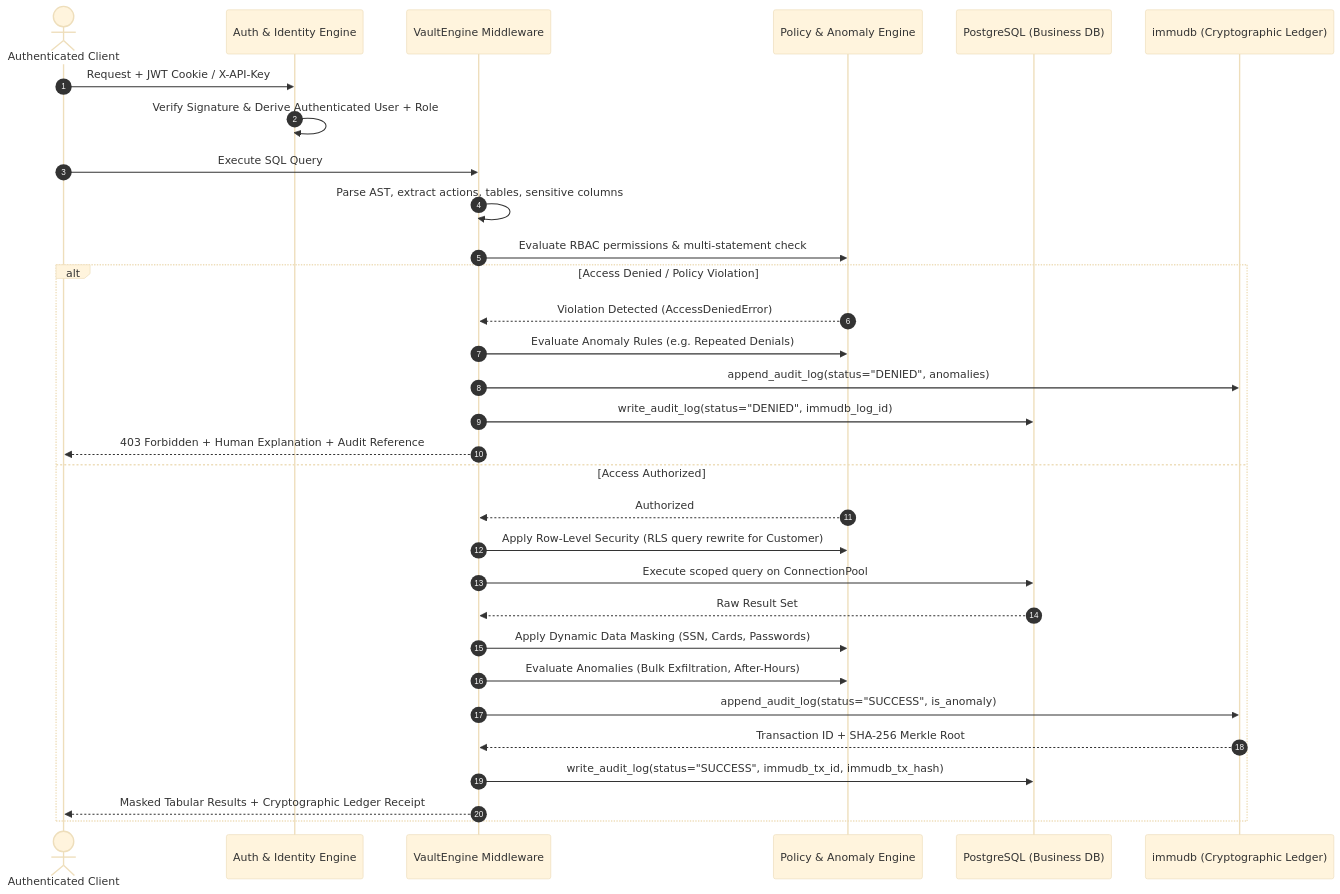
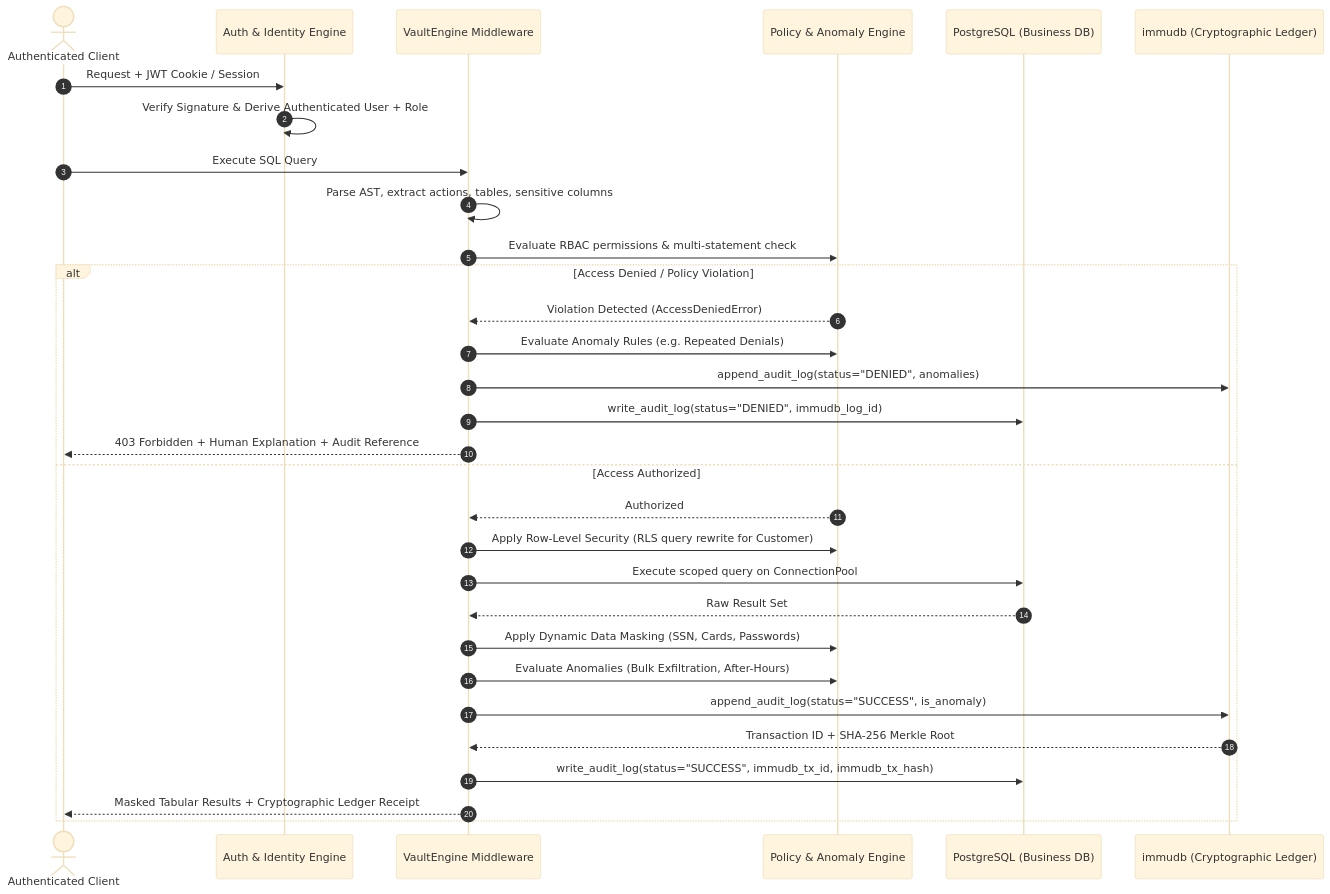
The third of 3 diagrams in README.md (Sejal-hani/Vault_DB), drawn with Mermaid (base theme) before and after one commit. The commit also changed other lines of this file, not shown here.

Commit message:
docs: clarify JWT and password hashing in auth architecture, remove api key mentions

````diff
--- a/README.md
+++ b/README.md
@@ -130,35 +130,35 @@
 ```mermaid
 sequenceDiagram
     autonumber
     actor Client as Authenticated Client
     participant Auth as Auth & Identity Engine
     participant Engine as VaultEngine Middleware
     participant Policy as Policy & Anomaly Engine
     participant PG as PostgreSQL (Business DB)
     participant Immu as immudb (Cryptographic Ledger)
 
-    Client->>Auth: Request + JWT Cookie / X-API-Key
+    Client->>Auth: Request + JWT Cookie / Session
     Auth->>Auth: Verify Signature & Derive Authenticated User + Role
     Client->>Engine: Execute SQL Query
     Engine->>Engine: Parse AST, extract actions, tables, sensitive columns
     Engine->>Policy: Evaluate RBAC permissions & multi-statement check
 
     alt Access Denied / Policy Violation
         Policy-->>Engine: Violation Detected (AccessDeniedError)
         Engine->>Policy: Evaluate Anomaly Rules (e.g. Repeated Denials)
         Engine->>Immu: append_audit_log(status="DENIED", anomalies)
         Engine->>PG: write_audit_log(status="DENIED", immudb_log_id)
         Engine-->>Client: 403 Forbidden + Human Explanation + Audit Reference
     else Access Authorized
         Policy-->>Engine: Authorized
         Engine->>Policy: Apply Row-Level Security (RLS query rewrite for Customer)
         Engine->>PG: Execute scoped query on ConnectionPool
         PG-->>Engine: Raw Result Set
         Engine->>Policy: Apply Dynamic Data Masking (SSN, Cards, Passwords)
         Engine->>Policy: Evaluate Anomalies (Bulk Exfiltration, After-Hours)
         Engine->>Immu: append_audit_log(status="SUCCESS", is_anomaly)
         Immu-->>Engine: Transaction ID + SHA-256 Merkle Root
         Engine->>PG: write_audit_log(status="SUCCESS", immudb_tx_id, immudb_tx_hash)
         Engine-->>Client: Masked Tabular Results + Cryptographic Ledger Receipt
     end
 ```
````
